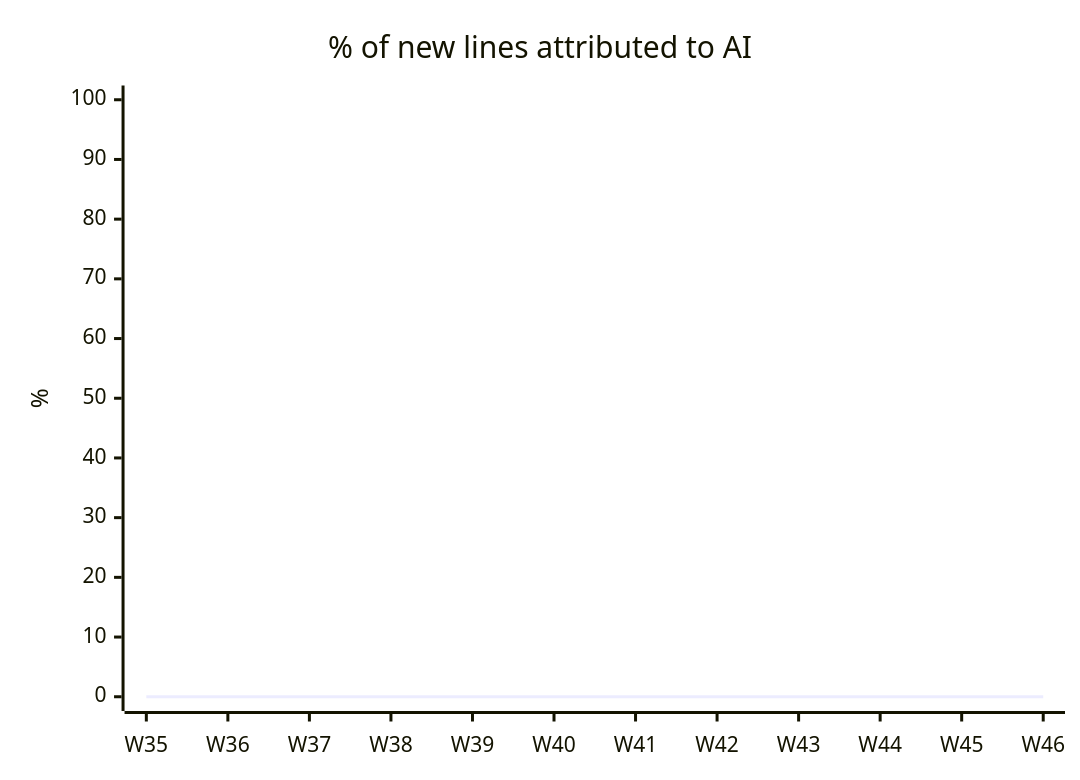
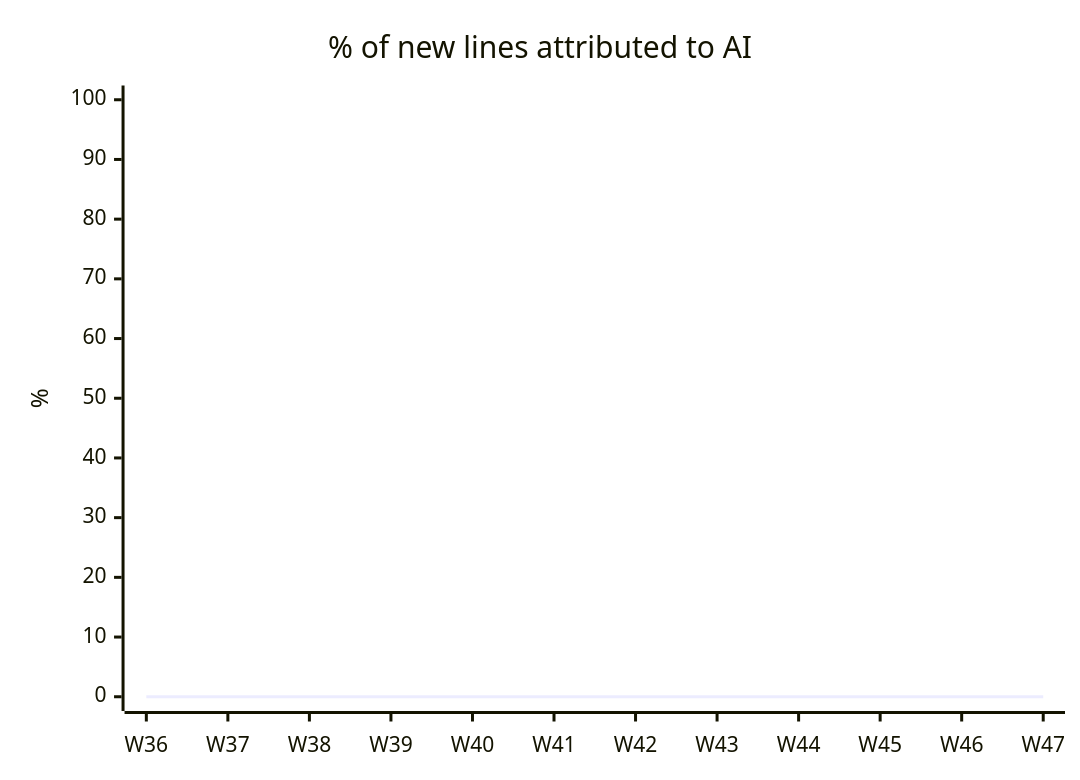
One commit to fromwaydowntown/ai-use changed the diagram in docs/AI_USAGE.md. Above: the diagram before and after it, drawn with Mermaid. The commit also changed other lines of this file, not shown here.

````diff
--- a/docs/AI_USAGE.md
+++ b/docs/AI_USAGE.md
@@ -17,7 +17,7 @@
 ```mermaid
 xychart-beta
     title "% of new lines attributed to AI"
-    x-axis ["W35", "W36", "W37", "W38", "W39", "W40", "W41", "W42", "W43", "W44", "W45", "W46"]
+    x-axis ["W36", "W37", "W38", "W39", "W40", "W41", "W42", "W43", "W44", "W45", "W46", "W47"]
     y-axis "%" 0 --> 100
     line [0, 0, 0, 0, 0, 0, 0, 0, 0, 0, 0, 0]
 ```
````
